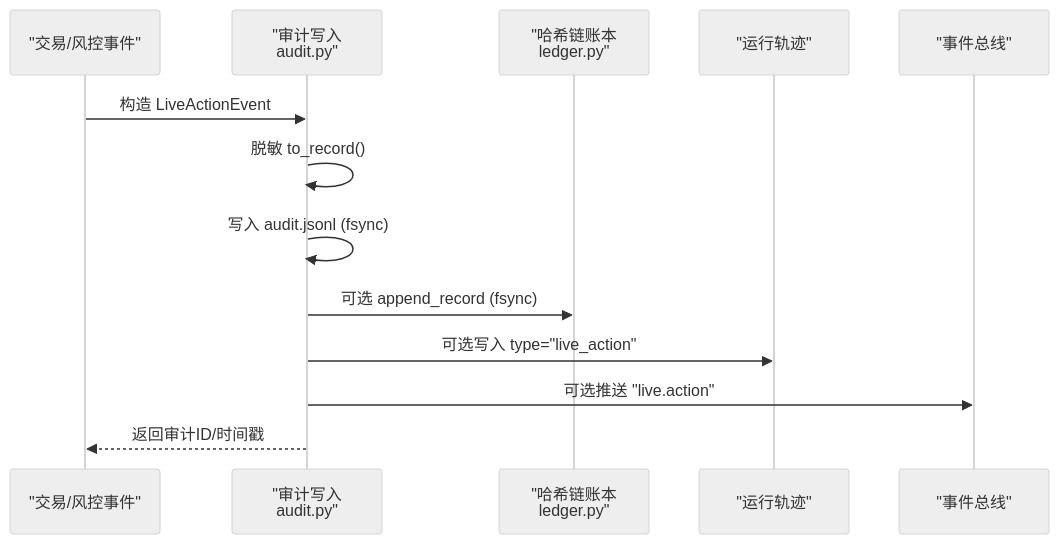
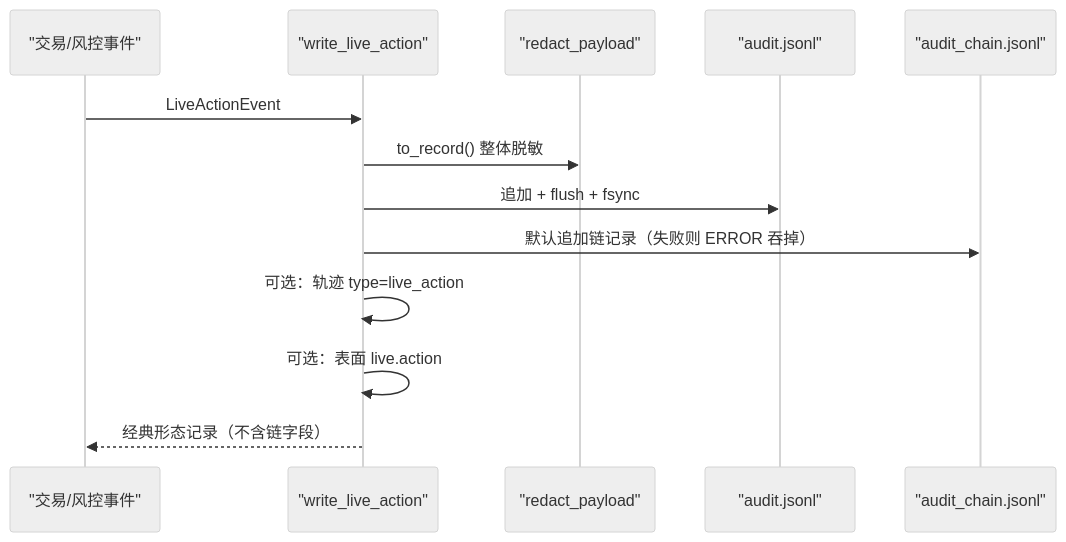
The fifth of 6 diagrams in repowiki/topics/安全与治理/安全与治理.md (hjfire/vibe-trading-fw), drawn with Mermaid (neutral theme) before and after one commit. The commit also changed other lines of this file and 5 other files, not shown here.

````diff
--- a/repowiki/topics/安全与治理/安全与治理.md
+++ b/repowiki/topics/安全与治理/安全与治理.md
@@ -272,15 +319,15 @@
 ```mermaid
 sequenceDiagram
-participant Trade as "交易/风控事件"
-participant Audit as "审计写入<br/>audit.py"
-participant Ledger as "哈希链账本<br/>ledger.py"
-participant Trace as "运行轨迹"
-participant Surface as "事件总线"
-Trade->>Audit : 构造 LiveActionEvent
-Audit->>Audit : 脱敏 to_record()
-Audit->>Audit : 写入 audit.jsonl (fsync)
-Audit->>Ledger : 可选 append_record (fsync)
-Audit->>Trace : 可选写入 type="live_action"
-Audit->>Surface : 可选推送 "live.action"
-Audit-->>Trade : 返回审计ID/时间戳
+participant T as "交易/风控事件"
+participant W as "write_live_action"
+participant R as "redact_payload"
+participant J as "audit.jsonl"
+participant C as "audit_chain.jsonl"
+T->>W : LiveActionEvent
+W->>R : to_record() 整体脱敏
+W->>J : 追加 + flush + fsync
+W->>C : 默认追加链记录（失败则 ERROR 吞掉）
+W->>W : 可选：轨迹 type=live_action
+W->>W : 可选：表面 live.action
+W-->>T : 经典形态记录（不含链字段）
 ```
````
